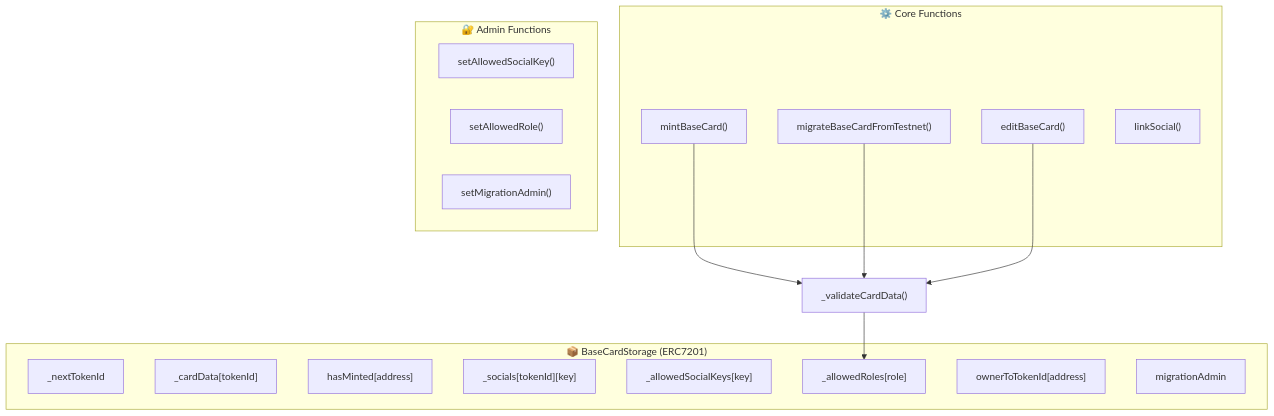
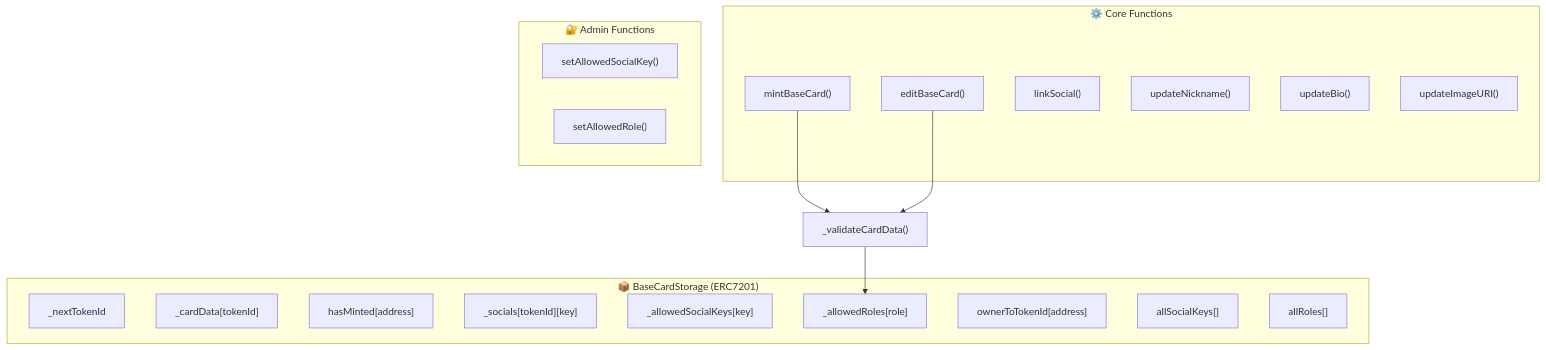
The first of 5 diagrams in WORKFLOW.md (basecardteam/basecard-contract), drawn with Mermaid before and after one commit. The commit also changed other lines of this file and 1 other file, not shown here.

````diff
--- a/WORKFLOW.md
+++ b/WORKFLOW.md
@@ -7,31 +7,32 @@
 ```mermaid
 flowchart TB
     subgraph Storage["📦 BaseCardStorage (ERC7201)"]
         S1["_nextTokenId"]
         S2["_cardData[tokenId]"]
         S3["hasMinted[address]"]
         S4["_socials[tokenId][key]"]
         S5["_allowedSocialKeys[key]"]
         S6["_allowedRoles[role]"]
         S7["ownerToTokenId[address]"]
-        S8["migrationAdmin"]
+        S8["allSocialKeys[]"]
+        S9["allRoles[]"]
     end
 
     subgraph Functions["⚙️ Core Functions"]
         F1["mintBaseCard()"]
-        F2["migrateBaseCardFromTestnet()"]
-        F3["editBaseCard()"]
-        F4["linkSocial()"]
+        F2["editBaseCard()"]
+        F3["linkSocial()"]
+        F4["updateNickname()"]
+        F5["updateBio()"]
+        F6["updateImageURI()"]
     end
 
     subgraph Admin["🔐 Admin Functions"]
         A1["setAllowedSocialKey()"]
         A2["setAllowedRole()"]
-        A3["setMigrationAdmin()"]
     end
 
     F1 --> V1["_validateCardData()"]
     F2 --> V1
-    F3 --> V1
     V1 --> S6
 ```
````
